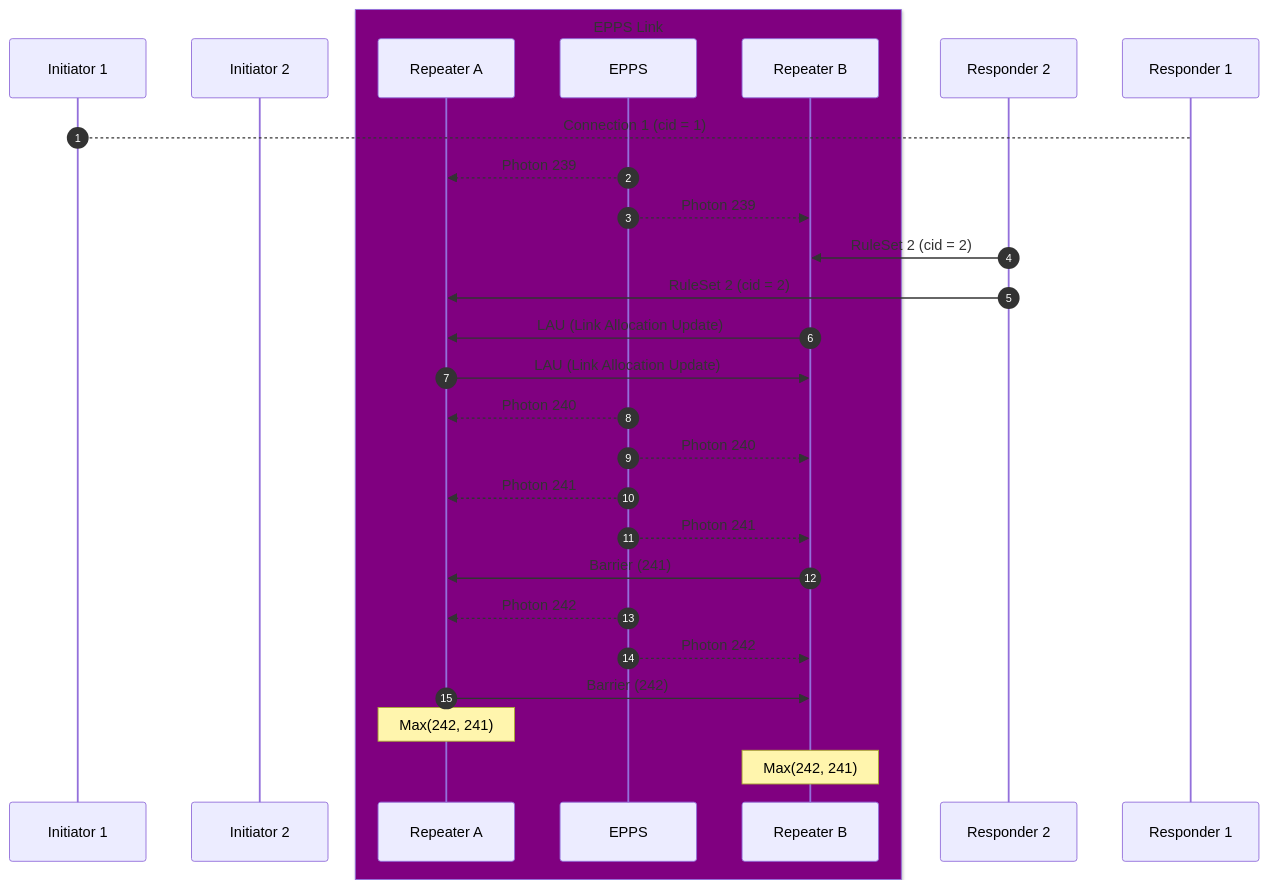
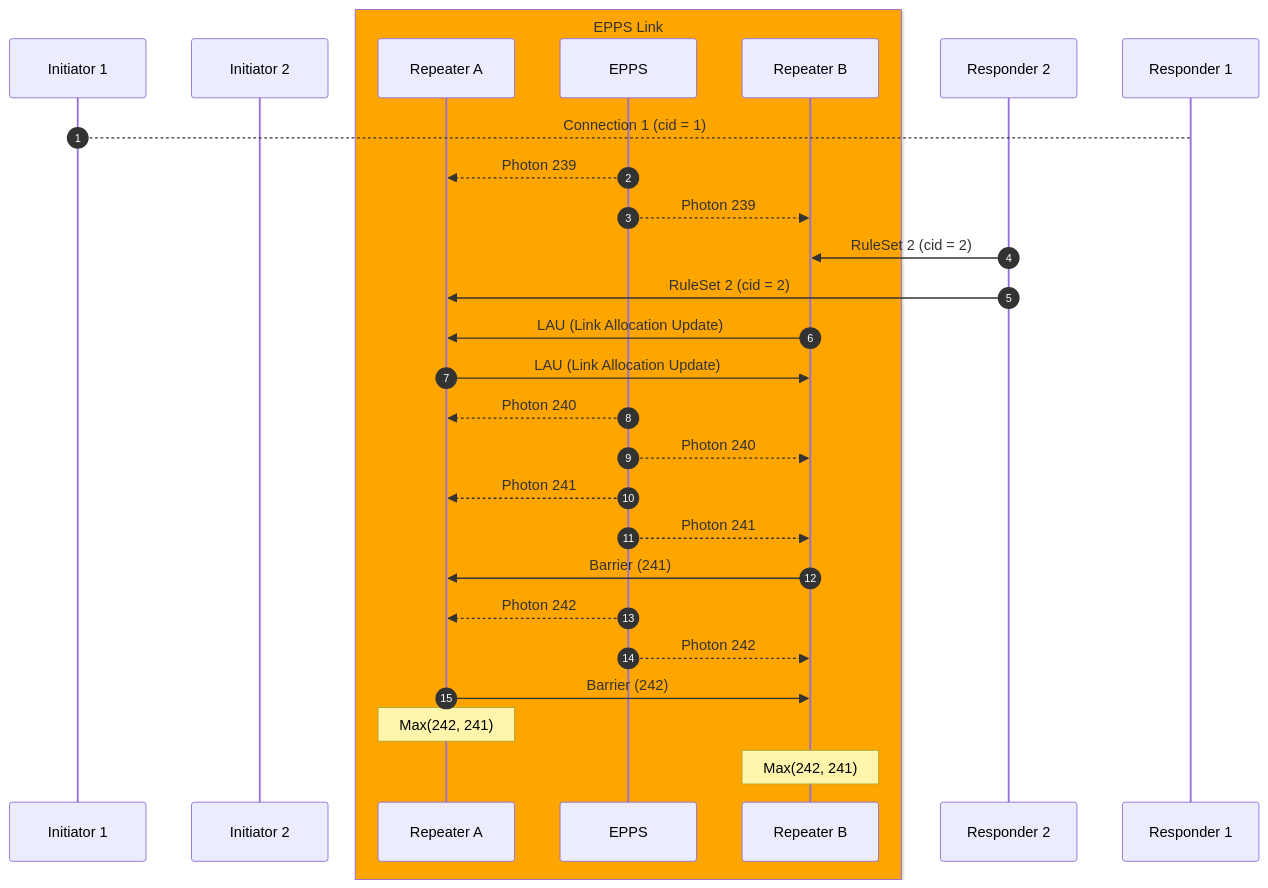
One commit to sfc-aqua/RuleSetSpec changed the second of 2 diagrams in 2.1.2.ConnectionTeardown.md. Above: the diagram before and after it, drawn with Mermaid. The commit also changed other lines of this file and 1 other file, not shown here.

Commit message:
recolor diagrams

````diff
--- a/2.1.2.ConnectionTeardown.md
+++ b/2.1.2.ConnectionTeardown.md
@@ -46,44 +46,44 @@
 ```mermaid
 sequenceDiagram
     autonumber
     %% Participants in the path
     participant i1 as Initiator 1
     participant i2 as Initiator 2 
-    box Purple EPPS Link
+    box Orange EPPS Link
     participant ra as Repeater A
     participant epps as EPPS
     participant rb as Repeater B
     end 
     participant r2 as Responder 2
     participant r1 as Responder 1
 
     %% Connection between initiator and responder
     i1 --> r1: Connection 1 (cid = 1)
     %% i2 --> r2: Connection 2 (cid = 2)
 
     %% Keep generating Bell pairs
     epps -->> ra: Photon 239
     epps -->> rb: Photon 239
     
     r2 ->> rb: RuleSet 2 (cid = 2)
     r2 ->> ra: RuleSet 2 (cid = 2)
     rb ->> ra: LAU (Link Allocation Update)
     ra ->> rb: LAU (Link Allocation Update)
     
     epps -->> ra: Photon 240
     epps -->> rb: Photon 240
 
     epps -->> ra: Photon 241
     epps -->> rb: Photon 241
 
     rb ->> ra: Barrier (241)
 
     epps -->> ra: Photon 242
     epps -->> rb: Photon 242
 
     ra ->> rb: Barrier (242)
 
     Note over ra: Max(242, 241)
     Note over rb: Max(242, 241)
 
 ```
````
